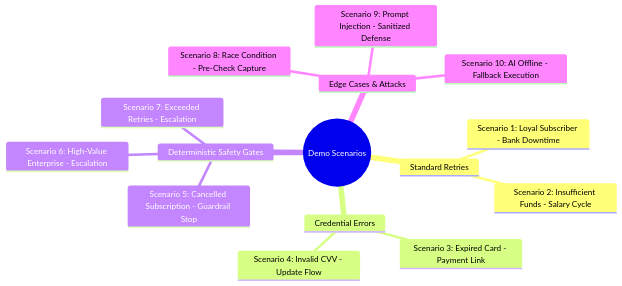
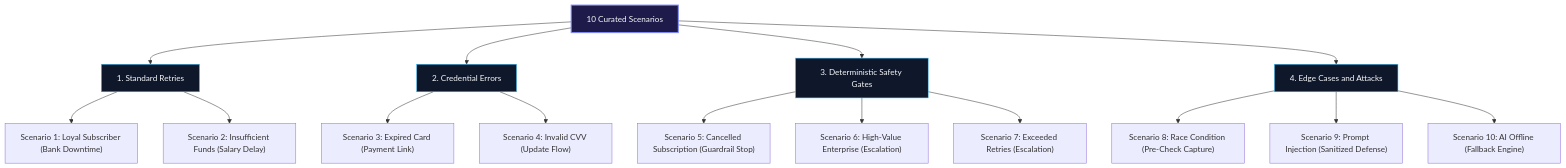
Before and after one commit to TwilightDawn7/AI-Revenue-Recovery-Agent: the second of 2 diagrams in docs/DEMO_SCENARIOS.md, drawn with Mermaid. The commit also changed other lines of this file and 5 other files, not shown here.

Commit message:
fix(docs): resolve Mermaid syntax and parser compatibility issues in architecture and spec diagrams

````diff
--- a/docs/DEMO_SCENARIOS.md
+++ b/docs/DEMO_SCENARIOS.md
@@ -26,18 +26,28 @@
 ```mermaid
-mindmap
-  root((Demo Scenarios))
-    Standard Retries
-      Scenario 1: Loyal Subscriber - Bank Downtime
-      Scenario 2: Insufficient Funds - Salary Cycle
-    Credential Errors
-      Scenario 3: Expired Card - Payment Link
-      Scenario 4: Invalid CVV - Update Flow
-    Deterministic Safety Gates
-      Scenario 5: Cancelled Subscription - Guardrail Stop
-      Scenario 6: High-Value Enterprise - Escalation
-      Scenario 7: Exceeded Retries - Escalation
-    Edge Cases & Attacks
-      Scenario 8: Race Condition - Pre-Check Capture
-      Scenario 9: Prompt Injection - Sanitized Defense
-      Scenario 10: AI Offline - Fallback Execution
+flowchart TD
+    ROOT["10 Curated Scenarios"]
+    
+    ROOT --> CAT1["1. Standard Retries"]
+    CAT1 --> S1["Scenario 1: Loyal Subscriber (Bank Downtime)"]
+    CAT1 --> S2["Scenario 2: Insufficient Funds (Salary Delay)"]
+
+    ROOT --> CAT2["2. Credential Errors"]
+    CAT2 --> S3["Scenario 3: Expired Card (Payment Link)"]
+    CAT2 --> S4["Scenario 4: Invalid CVV (Update Flow)"]
+
+    ROOT --> CAT3["3. Deterministic Safety Gates"]
+    CAT3 --> S5["Scenario 5: Cancelled Subscription (Guardrail Stop)"]
+    CAT3 --> S6["Scenario 6: High-Value Enterprise (Escalation)"]
+    CAT3 --> S7["Scenario 7: Exceeded Retries (Escalation)"]
+
+    ROOT --> CAT4["4. Edge Cases and Attacks"]
+    CAT4 --> S8["Scenario 8: Race Condition (Pre-Check Capture)"]
+    CAT4 --> S9["Scenario 9: Prompt Injection (Sanitized Defense)"]
+    CAT4 --> S10["Scenario 10: AI Offline (Fallback Engine)"]
+
+    style ROOT fill:#1e1b4b,stroke:#818cf8,stroke-width:2px,color:#f8fafc
+    style CAT1 fill:#0f172a,stroke:#38bdf8,stroke-width:1px,color:#f8fafc
+    style CAT2 fill:#0f172a,stroke:#38bdf8,stroke-width:1px,color:#f8fafc
+    style CAT3 fill:#0f172a,stroke:#38bdf8,stroke-width:1px,color:#f8fafc
+    style CAT4 fill:#0f172a,stroke:#38bdf8,stroke-width:1px,color:#f8fafc
 ```
````
